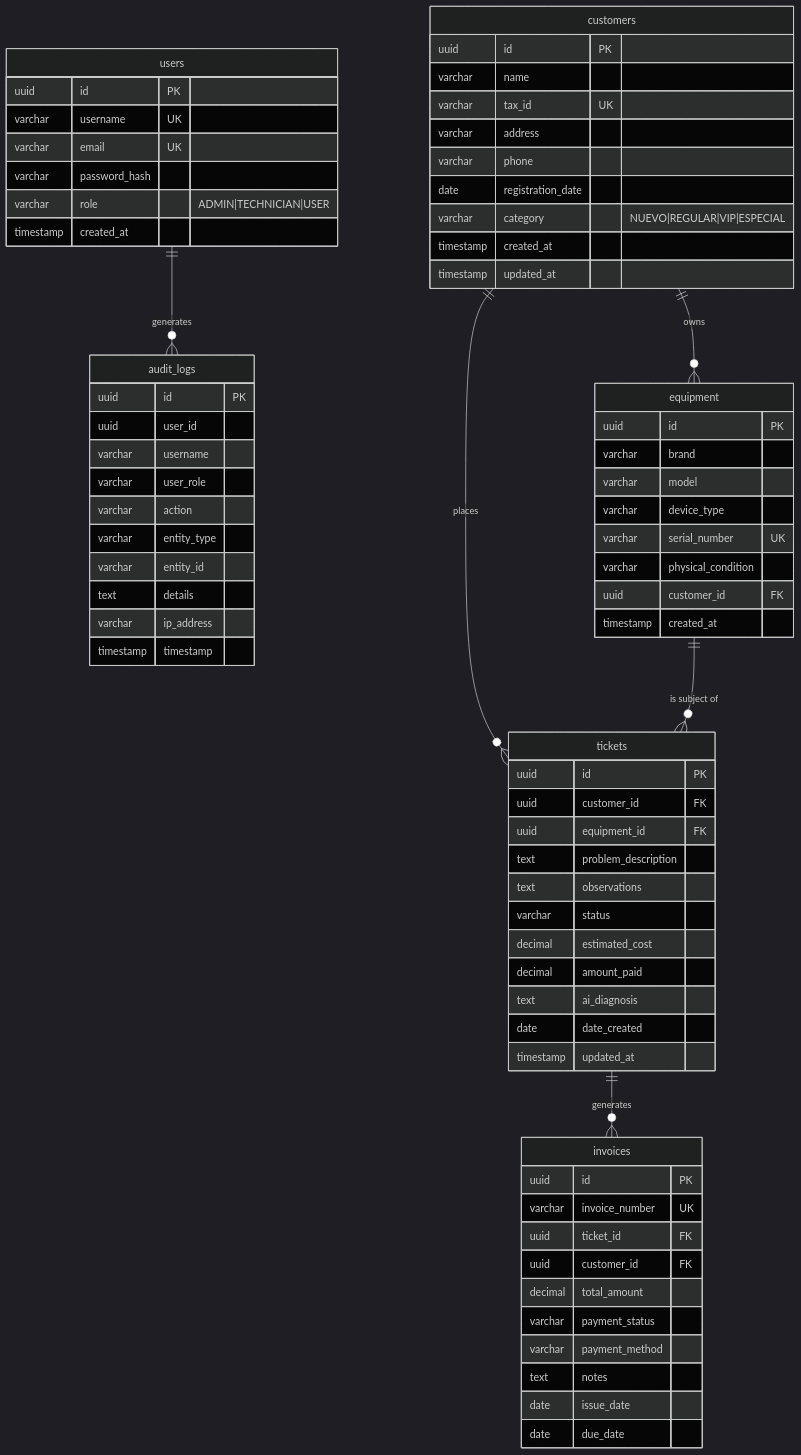
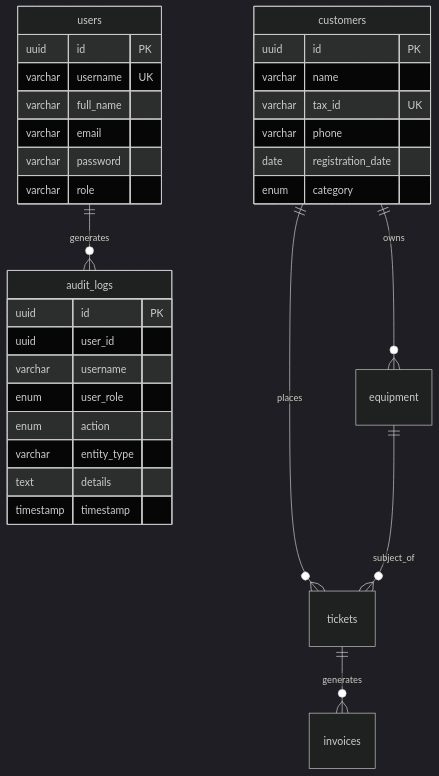
The seventh of 7 diagrams in project_manual.md (enri312/cyrcetech), drawn with Mermaid (dark theme) before and after one commit. The commit also changed other lines of this file and 47 other files, not shown here.

````diff
--- a/project_manual.md
+++ b/project_manual.md
@@ -364,80 +287,37 @@
 ```mermaid
 erDiagram
     users ||--o{ audit_logs : generates
     customers ||--o{ equipment : owns
     customers ||--o{ tickets : places
-    equipment ||--o{ tickets : "is subject of"
+    equipment ||--o{ tickets : subject_of
     tickets ||--o{ invoices : generates
 
     users {
         uuid id PK
         varchar username UK
-        varchar email UK
-        varchar password_hash
-        varchar role "ADMIN|TECHNICIAN|USER"
-        timestamp created_at
+        varchar full_name
+        varchar email
+        varchar password
+        varchar role
     }
 
     customers {
         uuid id PK
         varchar name
         varchar tax_id UK
-        varchar address
         varchar phone
         date registration_date
-        varchar category "NUEVO|REGULAR|VIP|ESPECIAL"
-        timestamp created_at
-        timestamp updated_at
-    }
-
-    equipment {
-        uuid id PK
-        varchar brand
-        varchar model
-        varchar device_type
-        varchar serial_number UK
-        varchar physical_condition
-        uuid customer_id FK
-        timestamp created_at
-    }
-
-    tickets {
-        uuid id PK
-        uuid customer_id FK
-        uuid equipment_id FK
-        text problem_description
-        text observations
-        varchar status
-        decimal estimated_cost
-        decimal amount_paid
-        text ai_diagnosis
-        date date_created
-        timestamp updated_at
-    }
-
-    invoices {
-        uuid id PK
-        varchar invoice_number UK
-        uuid ticket_id FK
-        uuid customer_id FK
-        decimal total_amount
-        varchar payment_status
-        varchar payment_method
-        text notes
-        date issue_date
-        date due_date
+        enum category
     }
 
     audit_logs {
         uuid id PK
         uuid user_id
         varchar username
-        varchar user_role
-        varchar action
+        enum user_role
+        enum action
         varchar entity_type
-        varchar entity_id
         text details
-        varchar ip_address
         timestamp timestamp
     }
 ```
````
